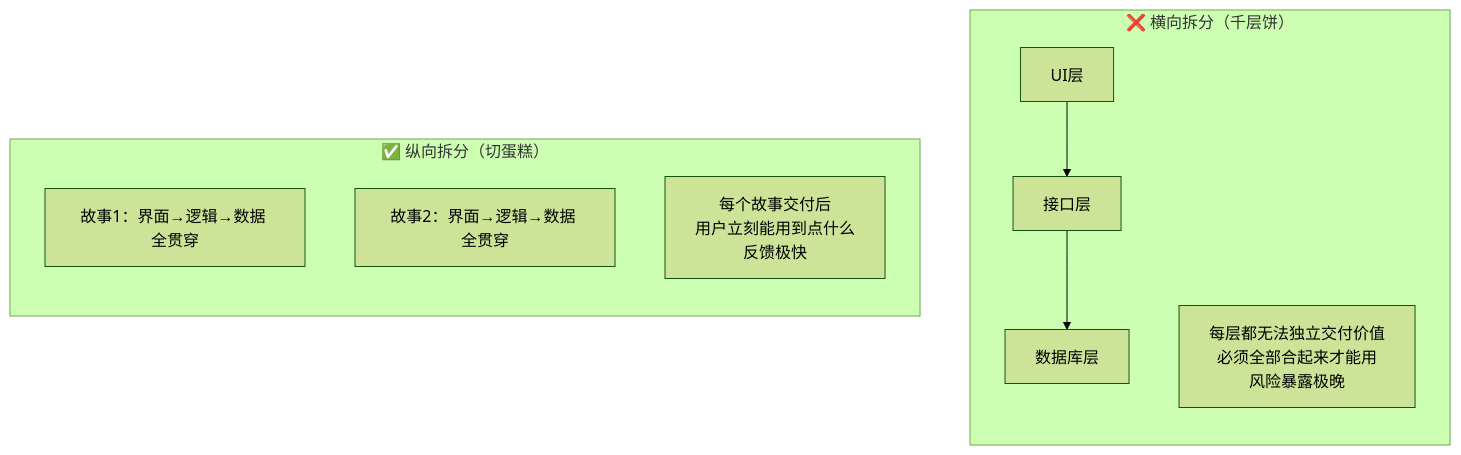
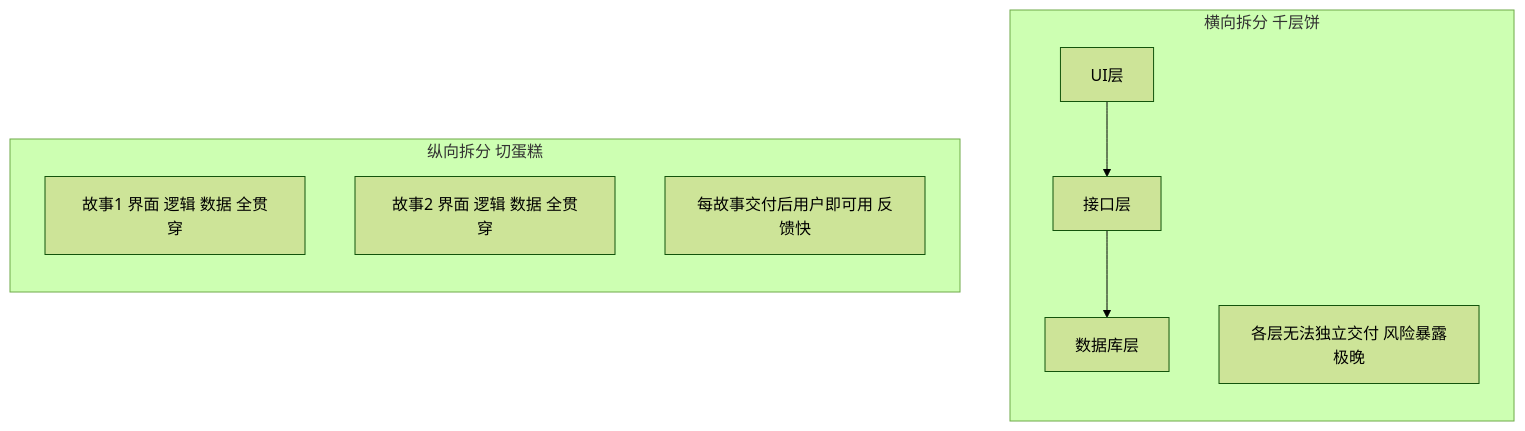
One commit to Sj-g/obsidian changed the fourth of 7 diagrams in 计算机相关学习/需求/需求拆分和需求分析.md. Above: the diagram before and after it, drawn with Mermaid (forest theme). The commit also changed other lines of this file and 4 other files, not shown here.

````diff
--- a/计算机相关学习/需求/需求拆分和需求分析.md
+++ b/计算机相关学习/需求/需求拆分和需求分析.md
@@ -132,14 +157,14 @@
 ```mermaid
 flowchart TB
-    subgraph BAD["❌ 横向拆分（千层饼）"]
+    subgraph BAD["横向拆分 千层饼"]
         direction TB
         U["UI层"] --> API["接口层"] --> DB["数据库层"]
-        note1["每层都无法独立交付价值<br/>必须全部合起来才能用<br/>风险暴露极晚"]
+        N1["各层无法独立交付 风险暴露极晚"]
     end
-    subgraph GOOD["✅ 纵向拆分（切蛋糕）"]
+    subgraph GOOD["纵向拆分 切蛋糕"]
         direction TB
-        S1["故事1：界面→逻辑→数据 全贯穿"]
-        S2["故事2：界面→逻辑→数据 全贯穿"]
-        note2["每个故事交付后<br/>用户立刻能用到点什么<br/>反馈极快"]
+        S1["故事1 界面 逻辑 数据 全贯穿"]
+        S2["故事2 界面 逻辑 数据 全贯穿"]
+        N2["每故事交付后用户即可用 反馈快"]
     end
 ```
````
